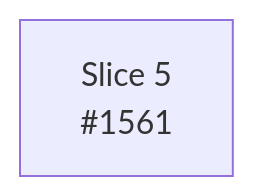
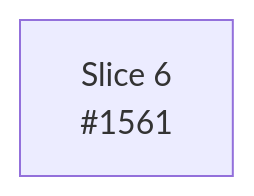
Before and after one commit to encero-systems/incan: the sixth of 12 diagrams in workspaces/docs-site/docs/_snippets/project/v0_6_roadmap.md, drawn with Mermaid. The commit also changed other lines of this file and 7 other files, not shown here.

````diff
--- a/workspaces/docs-site/docs/_snippets/project/v0_6_roadmap.md
+++ b/workspaces/docs-site/docs/_snippets/project/v0_6_roadmap.md
@@ -416,5 +450,5 @@
 ```mermaid
 flowchart LR
-  s1561["Slice 5<br/>#1561"]
+  s1561["Slice 6<br/>#1561"]
   click s1561 href "https://github.com/encero-systems/incan/issues/1561" "Open #1561 on GitHub"
 ```
````
